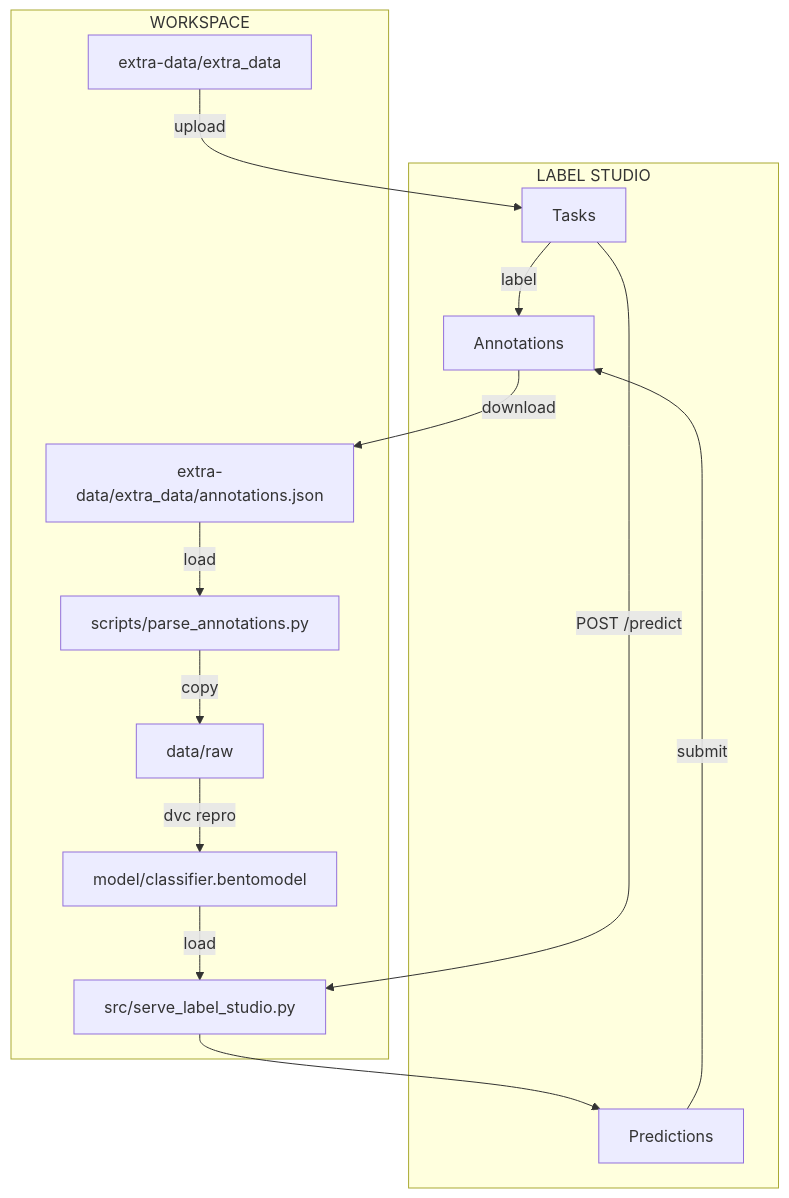
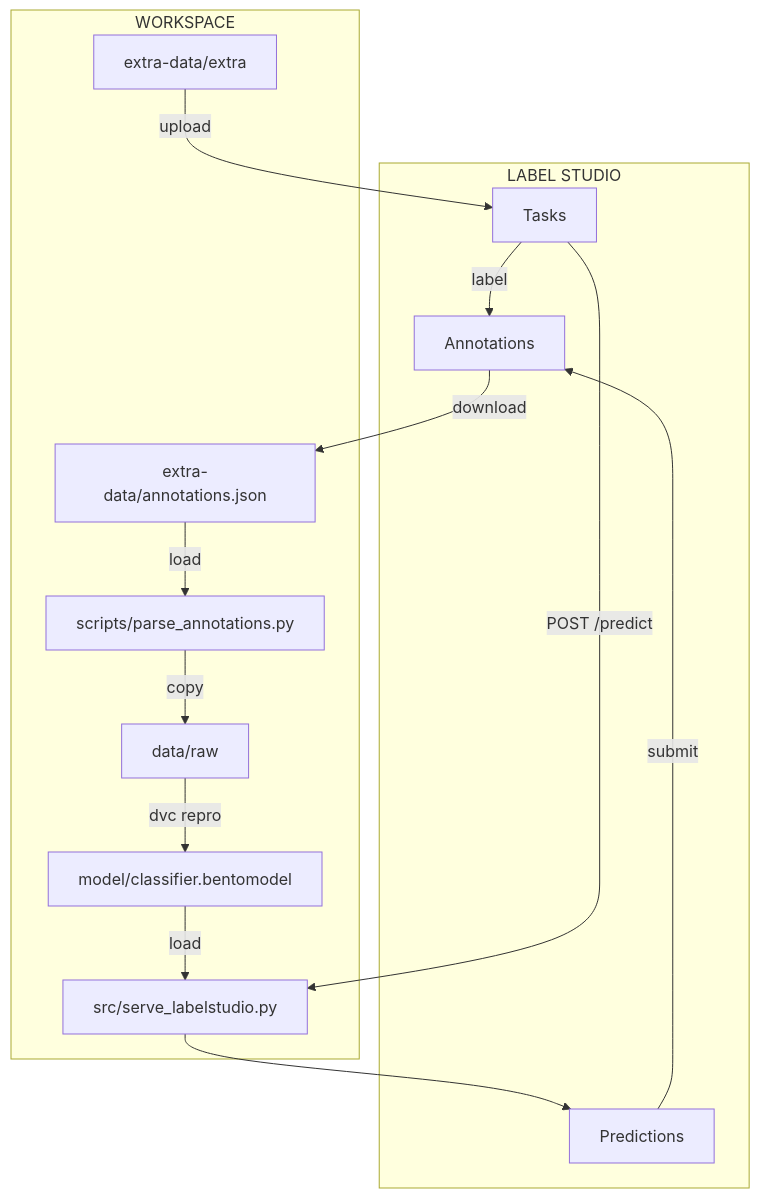
One commit to swiss-ai-center/a-guide-to-mlops changed the diagram in docs/part-5-label-data-and-retrain/conclusion.md. Above: the diagram before and after it, drawn with Mermaid. The commit also changed other lines of this file and 21 other files, not shown here.

````diff
--- a/docs/part-5-label-data-and-retrain/conclusion.md
+++ b/docs/part-5-label-data-and-retrain/conclusion.md
@@ -20,28 +20,28 @@
 ```mermaid
 flowchart TB
-    extra_data -->|upload| labelStudioTasks
+    extra -->|upload| labelStudioTasks
     labelStudioTasks -->|label| labelStudioAnnotations
     bento_model -->|load| fastapi
     labelStudioTasks -->|POST /predict| fastapi
     fastapi --> labelStudioPredictions
     labelStudioPredictions -->|submit| labelStudioAnnotations
-    labelStudioAnnotations -->|download| extra_data_annotations
-    extra_data_annotations --> |load| parse_annotations
+    labelStudioAnnotations -->|download| extra_annotations
+    extra_annotations -->|load| parse_annotations
     parse_annotations -->|copy| data_raw
     data_raw -->|dvc repro| bento_model
 
     subgraph workspaceGraph[WORKSPACE]
-        extra_data[extra-data/extra_data]
-        extra_data_annotations[extra-data/extra_data/annotations.json]
+        extra[extra-data/extra]
+        extra_annotations[extra-data/annotations.json]
         bento_model[model/classifier.bentomodel]
-        fastapi[src/serve_label_studio.py]
+        fastapi[src/serve_labelstudio.py]
         parse_annotations[scripts/parse_annotations.py]
         data_raw[data/raw]
     end
 
     subgraph labelStudioGraph[LABEL STUDIO]
         labelStudioTasks[Tasks]
         labelStudioAnnotations[Annotations]
         labelStudioPredictions[Predictions]
     end
 ```
````
